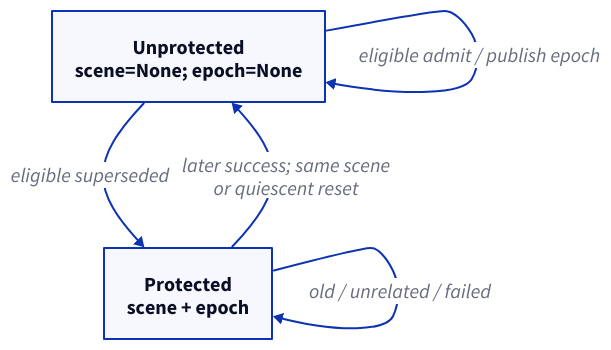
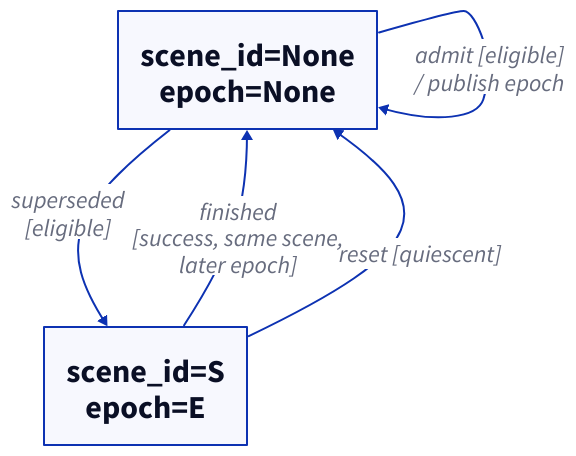
One commit to rei277hz/chromaticity changed the diagram in products/perceptual-grade-book/docs/book/diagrams/05c-compositor-publication.d2. Above: the diagram before and after it, drawn with D2. The commit also changed 266 other files, not shown here.

```diff
--- a/products/perceptual-grade-book/docs/book/diagrams/05c-compositor-publication.d2
+++ b/products/perceptual-grade-book/docs/book/diagrams/05c-compositor-publication.d2
@@ -1,11 +1,11 @@
 direction: down
 
-open: "Unprotected\nscene=None; epoch=None"
-protected: "Protected\nscene + epoch"
-open -> open: "eligible admit / publish epoch"
-open -> protected: "eligible superseded"
-protected -> open: "later success; same scene\nor quiescent reset"
-protected -> protected: "old / unrelated / failed"
+open: "scene_id=None\nepoch=None"
+protected: "scene_id=S\nepoch=E"
+open -> open: "admit [eligible]\n/ publish epoch"
+open -> protected: "superseded\n[eligible]"
+protected -> open: "finished\n[success, same scene,\nlater epoch]"
+protected -> open: "reset [quiescent]"
 
-**.style.font-size: 20
-(** -> **)[*].style.font-size: 20
+**.style.font-size: 32
+(** -> **)[*].style.font-size: 24
```
